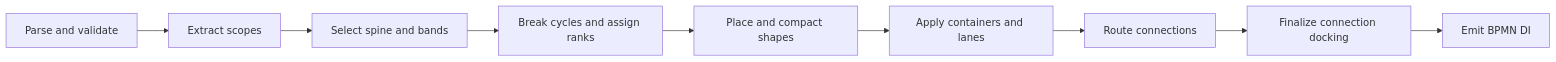
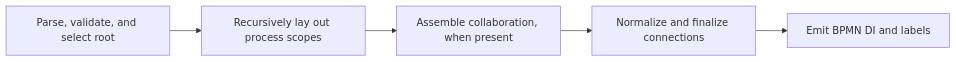
The first of 3 diagrams in docs/LAYOUT.md (bpmn-io/bpmn-auto-layout), drawn with Mermaid before and after one commit. The commit also changed other lines of this file and 2 other files, not shown here.

Commit message:
docs(layout): clarify layout architecture

````diff
--- a/docs/LAYOUT.md
+++ b/docs/LAYOUT.md
@@ -134,11 +38,7 @@
 ```mermaid
 flowchart LR
-    A["Parse and validate"] --> B["Extract scopes"]
-    B --> C["Select spine and bands"]
-    C --> D["Break cycles and assign ranks"]
-    D --> E["Place and compact shapes"]
-    E --> F["Apply containers and lanes"]
-    F --> G["Route connections"]
-    G --> H["Finalize connection docking"]
-    H --> I["Emit BPMN DI"]
+    A["Parse, validate, and select root"] --> B["Recursively lay out process scopes"]
+    B --> C["Assemble collaboration, when present"]
+    C --> D["Normalize and finalize connections"]
+    D --> E["Emit BPMN DI and labels"]
 ```
````
